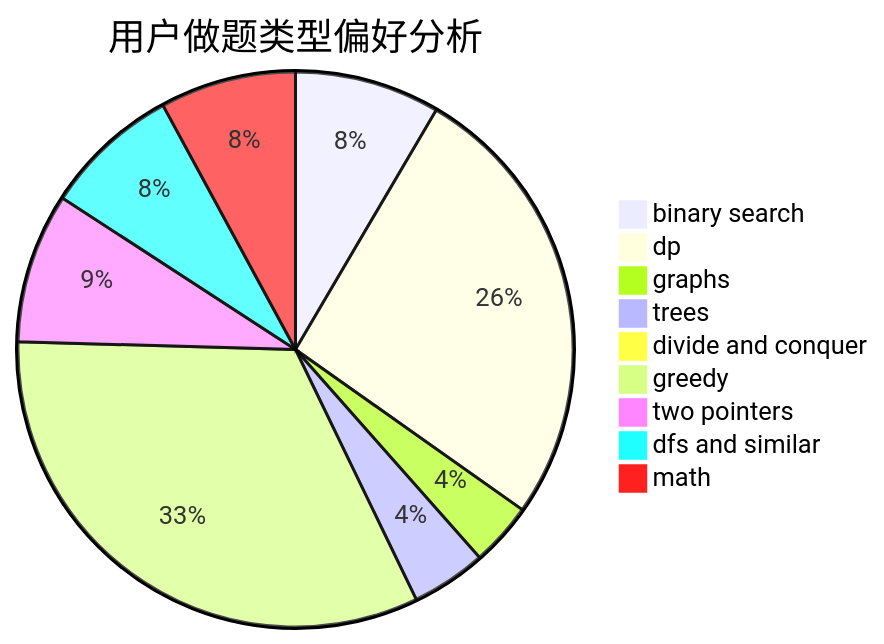
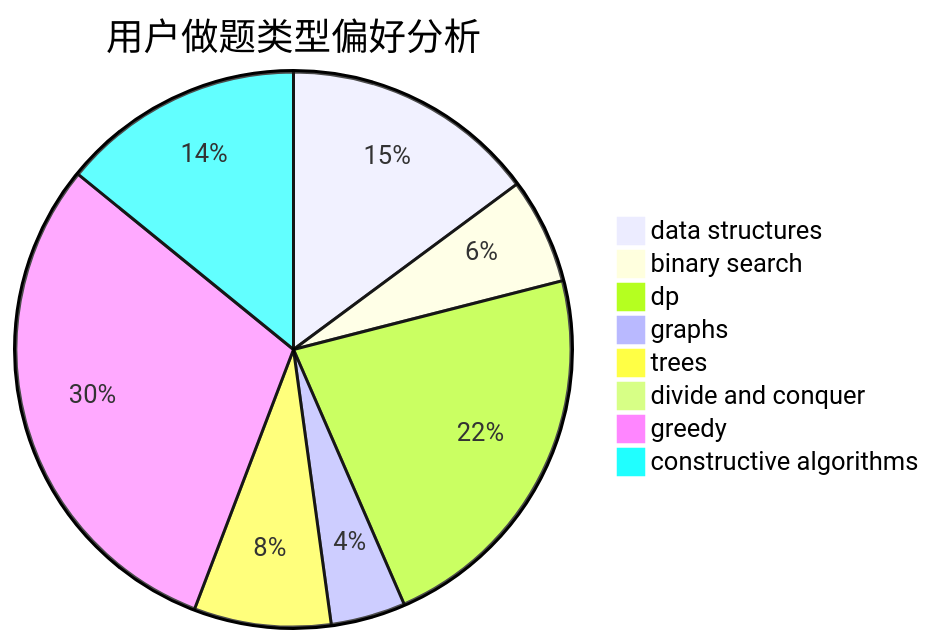
One commit to sherpahu/cfrs.github.io changed the second of 3 diagrams in docs/user/u2284.md. Above: the diagram before and after it, drawn with Mermaid. The commit also changed other lines of this file and 2775 other files, not shown here.

````diff
--- a/docs/user/u2284.md
+++ b/docs/user/u2284.md
@@ -23,12 +23,11 @@
 ```mermaid
 pie title 用户做题类型偏好分析
-    "binary search" :  62
-    "dp" :  193
-    "graphs" :  27
-    "trees" :  32
+    "data structures" :  41
+    "binary search" :  17
+    "dp" :  62
+    "graphs" :  12
+    "trees" :  22
     "divide and conquer" :  0
-    "greedy" :  239
-    "two pointers" :  64
-    "dfs and similar" :  58
-    "math" :  58
+    "greedy" :  83
+    "constructive algorithms" :  39
 ```
````
